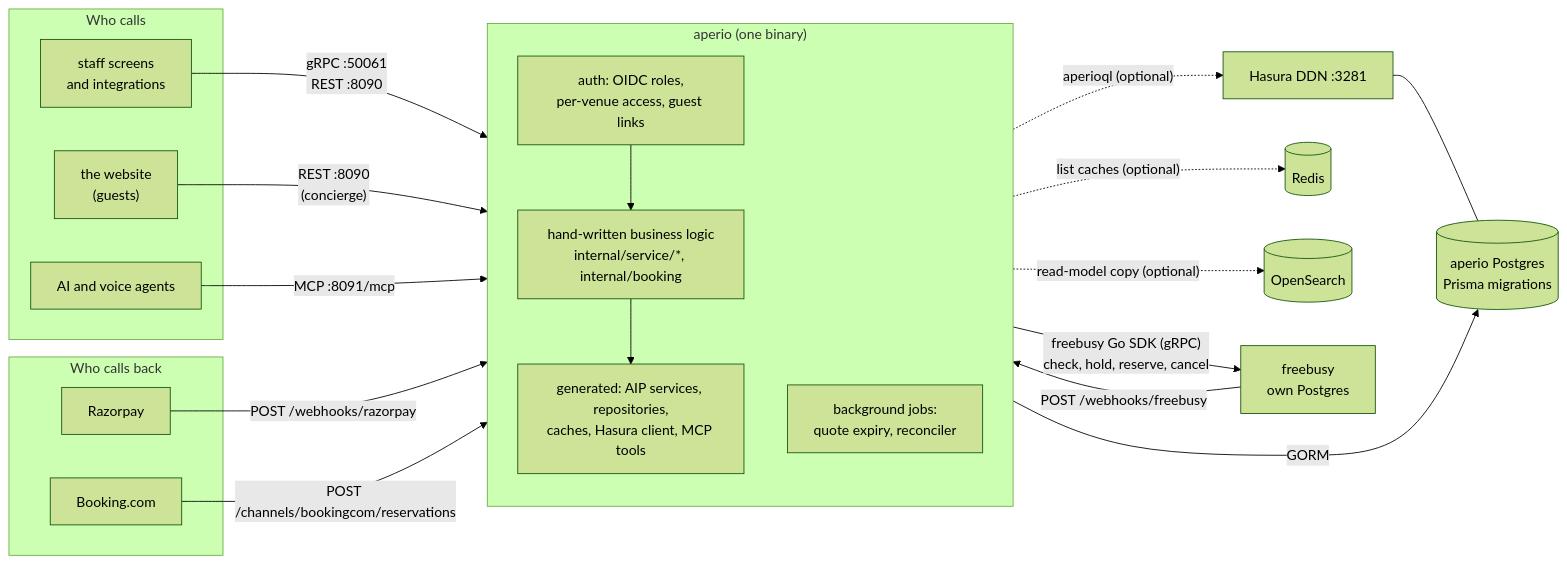
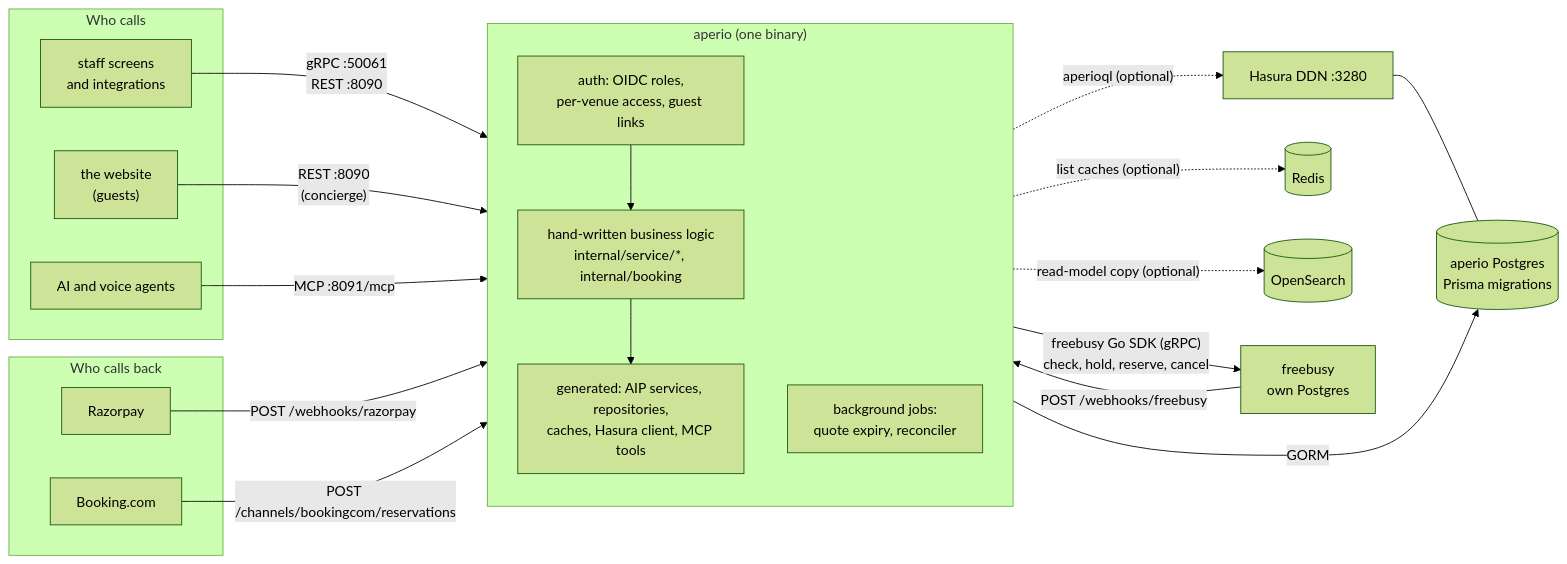
Before and after one commit to shokki-engineering/aperio: the first of 2 diagrams in README.md, drawn with Mermaid (forest theme). The commit also changed other lines of this file and 633 other files, not shown here.

````diff
--- a/README.md
+++ b/README.md
@@ -49,35 +49,35 @@
 ```mermaid
 flowchart LR
     subgraph callers["Who calls"]
         staff["staff screens<br/>and integrations"]
         web["the website<br/>(guests)"]
         agents["AI and voice agents"]
     end
     subgraph inbound["Who calls back"]
         rzp["Razorpay"]
         bcom["Booking.com"]
     end
 
     staff -->|"gRPC :50061<br/>REST :8090"| aperio
     web -->|"REST :8090<br/>(concierge)"| aperio
     agents -->|"MCP :8091/mcp"| aperio
     rzp -->|"POST /webhooks/razorpay"| aperio
     bcom -->|"POST /channels/bookingcom/reservations"| aperio
 
     subgraph aperio["aperio (one binary)"]
         direction TB
         auth["auth: OIDC roles,<br/>per-venue access, guest links"]
         hand["hand-written business logic<br/>internal/service/*, internal/booking"]
         gen["generated: AIP services, repositories,<br/>caches, Hasura client, MCP tools"]
         jobs["background jobs:<br/>quote expiry, reconciler"]
         auth --> hand --> gen
     end
 
     gen -->|"GORM"| pg[("aperio Postgres<br/>Prisma migrations")]
-    gen -.->|"aperioql (optional)"| ddn["Hasura DDN :3281"]
+    gen -.->|"aperioql (optional)"| ddn["Hasura DDN :3280"]
     ddn --- pg
     gen -.->|"list caches (optional)"| redis[("Redis")]
     gen -.->|"read-model copy (optional)"| os[("OpenSearch")]
     hand -->|"freebusy Go SDK (gRPC)<br/>check, hold, reserve, cancel"| fb["freebusy<br/>own Postgres"]
     fb -->|"POST /webhooks/freebusy"| aperio
 ```
````
